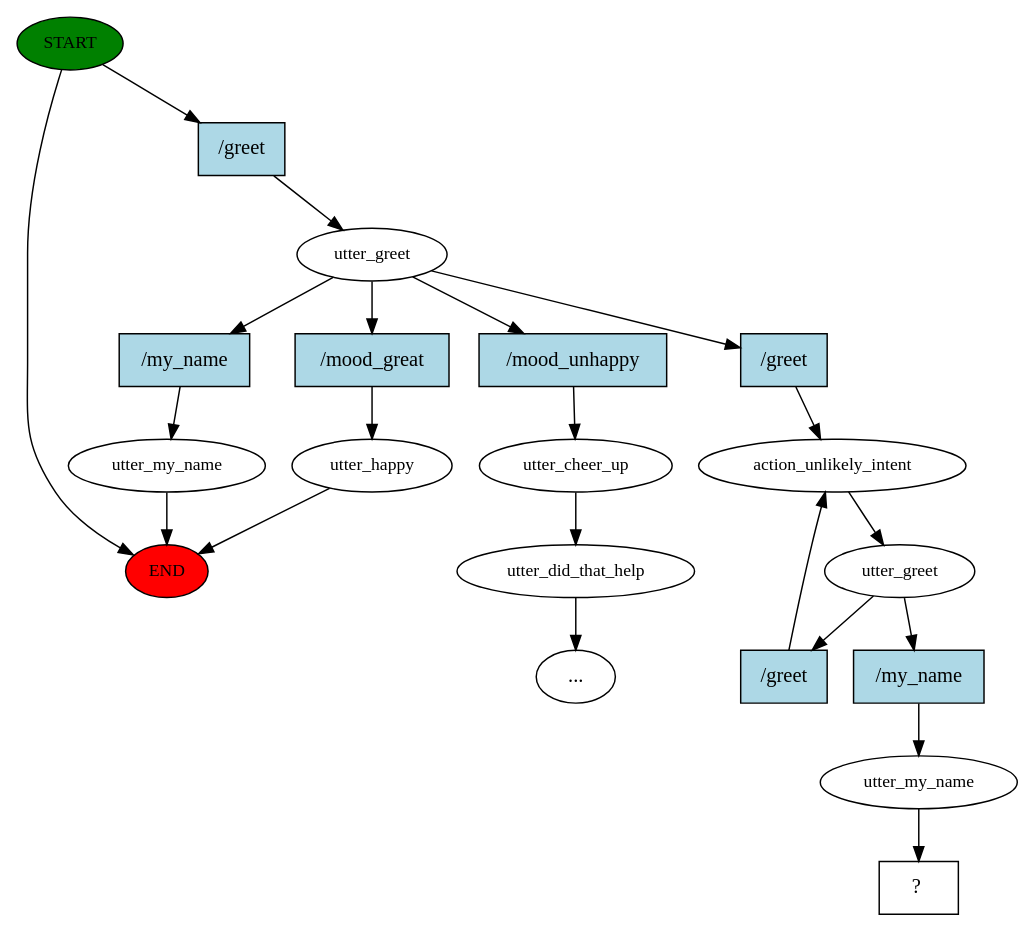
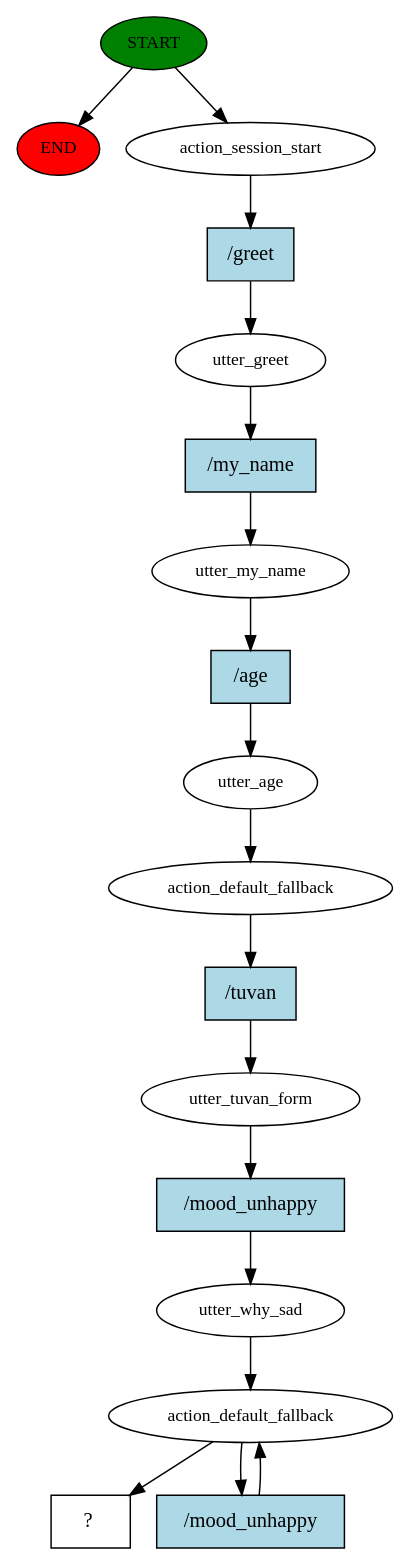
The diagram in story_graph.dot (hyperded69/hoaian-rasa), drawn with Graphviz before and after one commit. The commit also changed 157 other files, not shown here.

```diff
--- a/story_graph.dot
+++ b/story_graph.dot
@@ -1,42 +1,36 @@
 digraph  {
 0 [class="start active", fillcolor=green, fontsize=12, label=START, style=filled];
 "-1" [class=end, fillcolor=red, fontsize=12, label=END, style=filled];
-1 [class=active, fontsize=12, label=utter_greet];
-2 [class="", fontsize=12, label=utter_my_name];
-4 [class="", fontsize=12, label=utter_happy];
-6 [class="", fontsize=12, label=utter_cheer_up];
-7 [class="", fontsize=12, label=utter_did_that_help];
-"-4" [class=ellipsis, label="..."];
-12 [class=active, fontsize=12, label=action_unlikely_intent];
-13 [class=active, fontsize=12, label=utter_greet];
-16 [class=active, fontsize=12, label=utter_my_name];
-17 [class="intent dashed active", label="  ?  ", shape=rect];
-18 [class="intent active", fillcolor=lightblue, label="/greet", shape=rect, style=filled];
-19 [class=intent, fillcolor=lightblue, label="/my_name", shape=rect, style=filled];
-20 [class=intent, fillcolor=lightblue, label="/mood_great", shape=rect, style=filled];
-21 [class=intent, fillcolor=lightblue, label="/mood_unhappy", shape=rect, style=filled];
-22 [class="intent active", fillcolor=lightblue, label="/greet", shape=rect, style=filled];
-23 [class="intent active", fillcolor=lightblue, label="/greet", shape=rect, style=filled];
-24 [class="intent active", fillcolor=lightblue, label="/my_name", shape=rect, style=filled];
+1 [class=active, fontsize=12, label=action_session_start];
+2 [class=active, fontsize=12, label=utter_greet];
+3 [class=active, fontsize=12, label=utter_my_name];
+4 [class=active, fontsize=12, label=utter_age];
+5 [class=active, fontsize=12, label=action_default_fallback];
+6 [class=active, fontsize=12, label=utter_tuvan_form];
+7 [class=active, fontsize=12, label=utter_why_sad];
+8 [class=active, fontsize=12, label=action_default_fallback];
+10 [class="intent dashed active", label="  ?  ", shape=rect];
+11 [class="intent active", fillcolor=lightblue, label="/greet", shape=rect, style=filled];
+12 [class="intent active", fillcolor=lightblue, label="/my_name", shape=rect, style=filled];
+13 [class="intent active", fillcolor=lightblue, label="/age", shape=rect, style=filled];
+14 [class="intent active", fillcolor=lightblue, label="/tuvan", shape=rect, style=filled];
+15 [class="intent active", fillcolor=lightblue, label="/mood_unhappy", shape=rect, style=filled];
+16 [class="intent active", fillcolor=lightblue, label="/mood_unhappy", shape=rect, style=filled];
 0 -> "-1"  [class="", key=NONE, label=""];
-0 -> 18  [class=active, key=0];
-1 -> 19  [class="", key=0];
-1 -> 20  [class="", key=0];
-1 -> 21  [class="", key=0];
-1 -> 22  [class=active, key=0];
-2 -> "-1"  [class="", key=NONE, label=""];
-4 -> "-1"  [class="", key=NONE, label=""];
-6 -> 7  [class="", key=NONE, label=""];
-7 -> "-4"  [class="", key=NONE, label=""];
-12 -> 13  [class=active, key=NONE, label=""];
-13 -> 23  [class=active, key=0];
-13 -> 24  [class=active, key=0];
-16 -> 17  [class=active, key=NONE, label=""];
-18 -> 1  [class=active, key=0];
-19 -> 2  [class="", key=0];
-20 -> 4  [class="", key=0];
-21 -> 6  [class="", key=0];
-22 -> 12  [class=active, key=0];
-23 -> 12  [class=active, key=0];
-24 -> 16  [class=active, key=0];
+0 -> 1  [class=active, key=NONE, label=""];
+1 -> 11  [class=active, key=0];
+2 -> 12  [class=active, key=0];
+3 -> 13  [class=active, key=0];
+4 -> 5  [class=active, key=NONE, label=""];
+5 -> 14  [class=active, key=0];
+6 -> 15  [class=active, key=0];
+7 -> 8  [class=active, key=NONE, label=""];
+8 -> 10  [class=active, key=NONE, label=""];
+8 -> 16  [class=active, key=0];
+11 -> 2  [class=active, key=0];
+12 -> 3  [class=active, key=0];
+13 -> 4  [class=active, key=0];
+14 -> 6  [class=active, key=0];
+15 -> 7  [class=active, key=0];
+16 -> 8  [class=active, key=0];
 }
```
